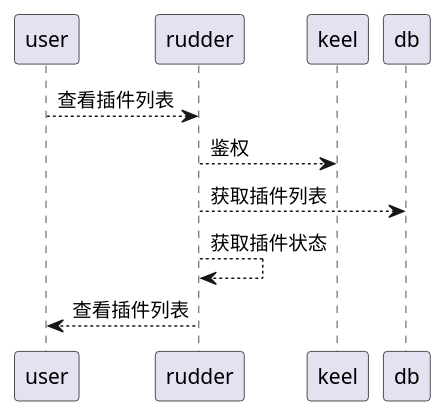
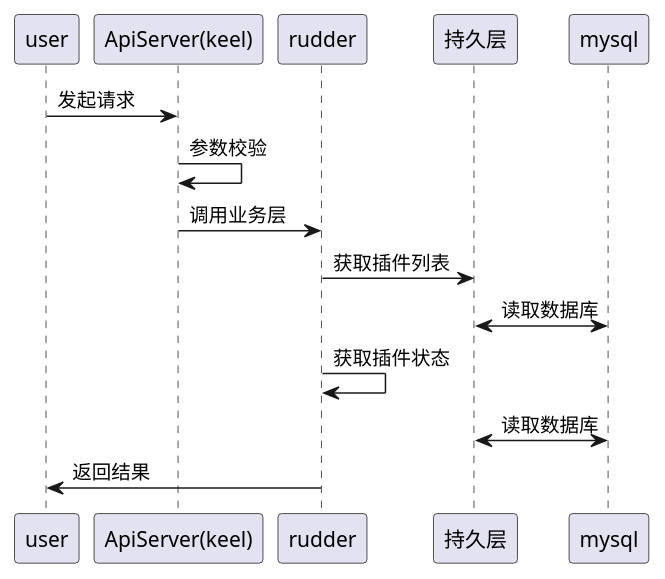
The first of 4 diagrams in docs/api/appendix/plantuml/plugin-manager-tenant.md (tkeel-io/docs), drawn with PlantUML before and after one commit. The commit also changed other lines of this file and 2 other files, not shown here.

Commit message:
feat: update plugin manager uml & fluxswicth manager

````diff
--- a/docs/api/appendix/plantuml/plugin-manager-tenant.md
+++ b/docs/api/appendix/plantuml/plugin-manager-tenant.md
@@ -8,10 +8,19 @@
 ```plantuml
 @startuml
-user --> rudder : 查看插件列表
-rudder --> keel : 鉴权
-rudder --> db : 获取插件列表
-rudder --> rudder : 获取插件状态
-rudder --> user : 查看插件列表
+participant "user" as user
+participant "ApiServer(keel)" as keel
+participant "rudder" as rudder
+participant "持久层" as dblayer
+participant "mysql" as mysql
+
+user -> keel : 发起请求
+keel -> keel : 参数校验 
+keel -> rudder : 调用业务层
+rudder -> dblayer : 获取插件列表
+dblayer <-> mysql : 读取数据库
+rudder -> rudder : 获取插件状态
+dblayer <-> mysql : 读取数据库
+rudder -> user : 返回结果
 
 @enduml
 ```
````
